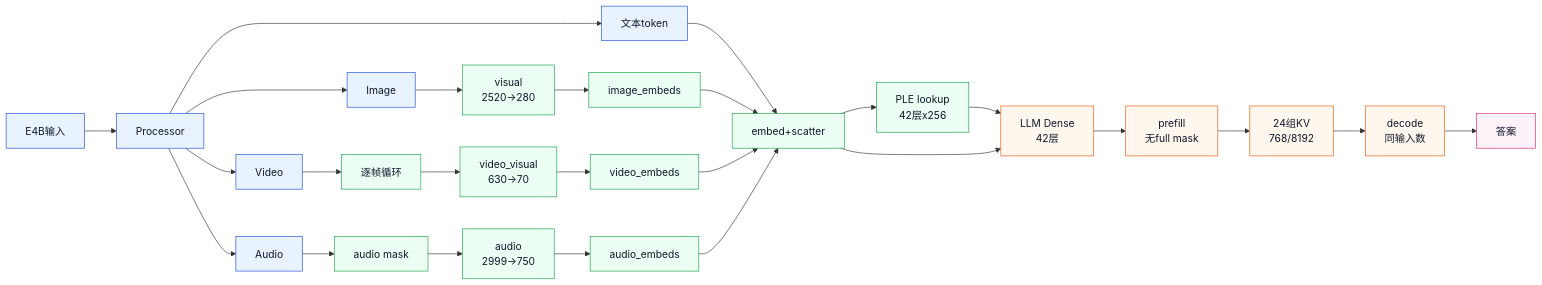
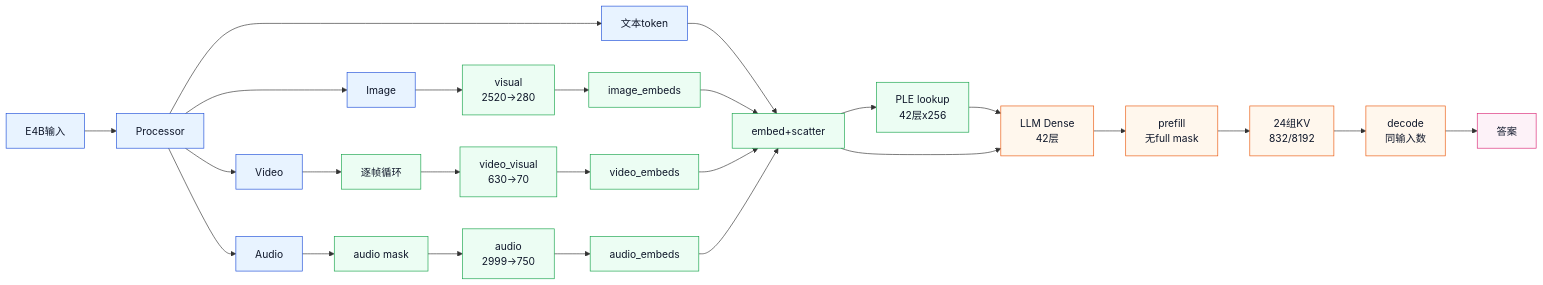
The third of 5 diagrams in docs/gemma4_series_merak_workflow_guide_20260621.md (houmo-ai/houmo-xh2modelzoo), drawn with Mermaid before and after one commit. The commit also changed other lines of this file and 43 other files, not shown here.

````diff
--- a/docs/gemma4_series_merak_workflow_guide_20260621.md
+++ b/docs/gemma4_series_merak_workflow_guide_20260621.md
@@ -836,39 +834,39 @@
 ```mermaid
 flowchart LR
   X[E4B输入] --> P[Processor]
   P --> T[文本token]
   P --> I[Image]
   P --> V[Video]
   P --> A[Audio]
 
   I --> VI[visual\n2520->280]
   V --> FV[逐帧循环]
   FV --> VV[video_visual\n630->70]
   A --> AM[audio mask]
   AM --> AU[audio\n2999->750]
 
   VI --> IE[image_embeds]
   VV --> VE[video_embeds]
   AU --> AE[audio_embeds]
   T --> SC[embed+scatter]
   IE --> SC
   VE --> SC
   AE --> SC
 
   SC --> PLE[PLE lookup\n42层x256]
   PLE --> LLM[LLM Dense\n42层]
   SC --> LLM
   LLM --> PF[prefill\n无full mask]
-  PF --> KV[24组KV\n768/8192]
+  PF --> KV[24组KV\n832/8192]
   KV --> DE[decode\n同输入数]
   DE --> O[答案]
 
   classDef input fill:#E8F3FF,stroke:#1D4ED8,color:#0F172A;
   classDef sub fill:#ECFDF3,stroke:#16A34A,color:#0F172A;
   classDef llm fill:#FFF7ED,stroke:#EA580C,color:#0F172A;
   classDef out fill:#FDF2F8,stroke:#DB2777,color:#0F172A;
   class X,P,T,I,V,A input;
   class VI,FV,VV,AM,AU,IE,VE,AE,SC,PLE sub;
   class LLM,PF,KV,DE llm;
   class O out;
 ```
````
